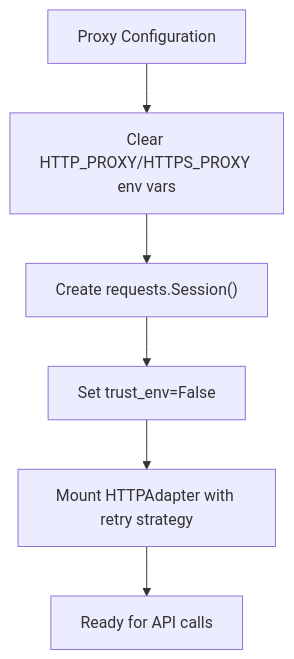
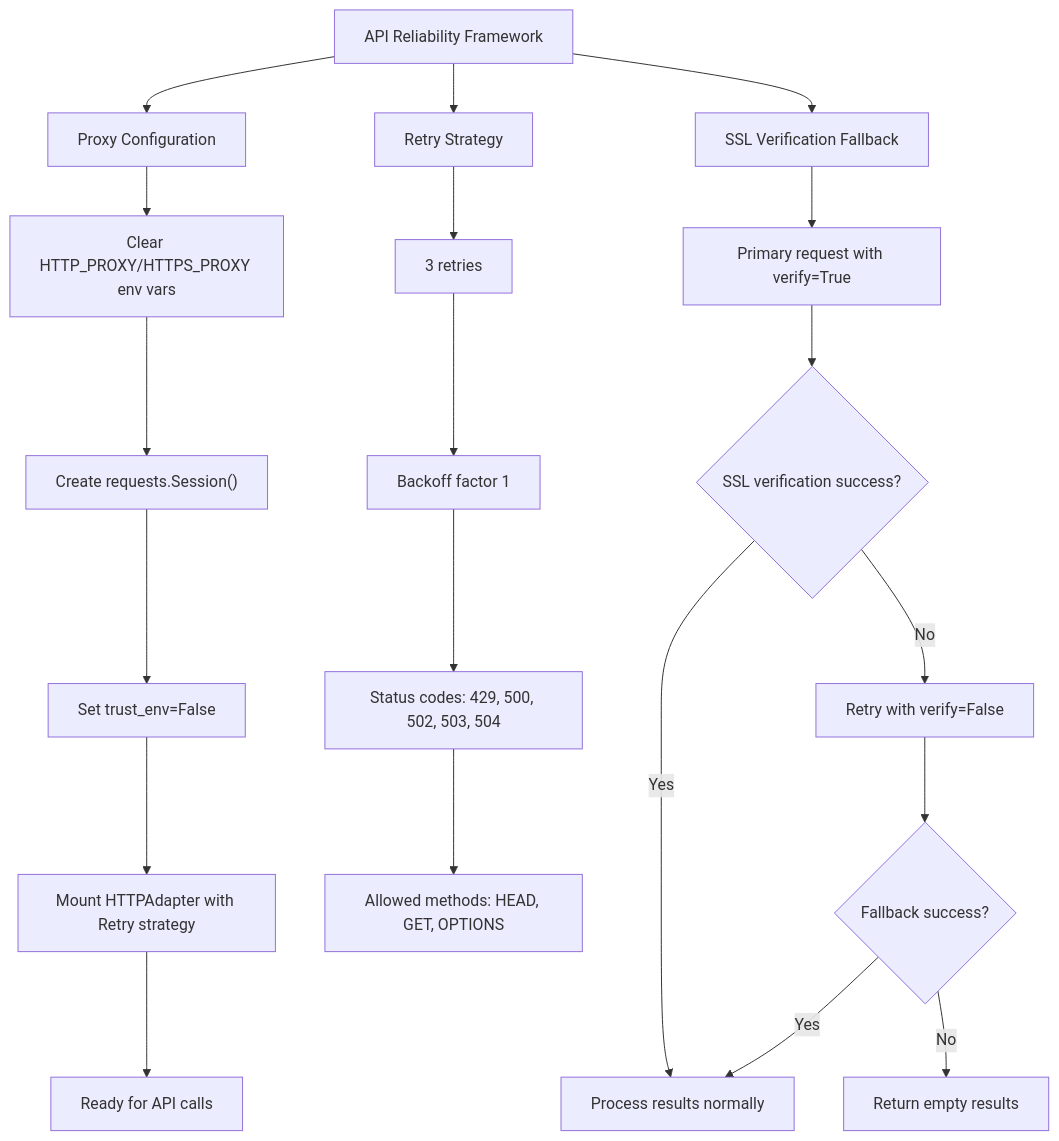
One commit to junxie01/cryoseismology_papers changed the third of 15 diagrams in .qoder/repowiki/en/content/Core Components/Paper Collection Engine.md. Above: the diagram before and after it, drawn with Mermaid. The commit also changed other lines of this file and 4 other files, not shown here.

````diff
--- a/.qoder/repowiki/en/content/Core Components/Paper Collection Engine.md
+++ b/.qoder/repowiki/en/content/Core Components/Paper Collection Engine.md
@@ -165,8 +168,22 @@
 ```mermaid
 flowchart TD
-ProxyConfig["Proxy Configuration"] --> ClearEnv["Clear HTTP_PROXY/HTTPS_PROXY env vars"]
+APIFramework["API Reliability Framework"] --> ProxyConfig["Proxy Configuration"]
+ProxyConfig --> ClearEnv["Clear HTTP_PROXY/HTTPS_PROXY env vars"]
 ClearEnv --> CreateSession["Create requests.Session()"]
 CreateSession --> TrustEnvFalse["Set trust_env=False"]
-TrustEnvFalse --> MountAdapters["Mount HTTPAdapter with retry strategy"]
+TrustEnvFalse --> MountAdapters["Mount HTTPAdapter with Retry strategy"]
 MountAdapters --> Ready["Ready for API calls"]
+APIFramework --> RetryStrategy["Retry Strategy"]
+RetryStrategy --> MaxRetries["3 retries"]
+MaxRetries --> BackoffFactor["Backoff factor 1"]
+BackoffFactor --> StatusList["Status codes: 429, 500, 502, 503, 504"]
+StatusList --> AllowedMethods["Allowed methods: HEAD, GET, OPTIONS"]
+APIFramework --> SSLFallback["SSL Verification Fallback"]
+SSLFallback --> VerifyTrue["Primary request with verify=True"]
+VerifyTrue --> SSLSuccess{"SSL verification success?"}
+SSLSuccess --> |Yes| ProcessResults["Process results normally"]
+SSLSuccess --> |No| VerifyFalse["Retry with verify=False"]
+VerifyFalse --> FallbackSuccess{"Fallback success?"}
+FallbackSuccess --> |Yes| ProcessResults
+FallbackSuccess --> |No| ReturnEmpty["Return empty results"]
 ```
````
